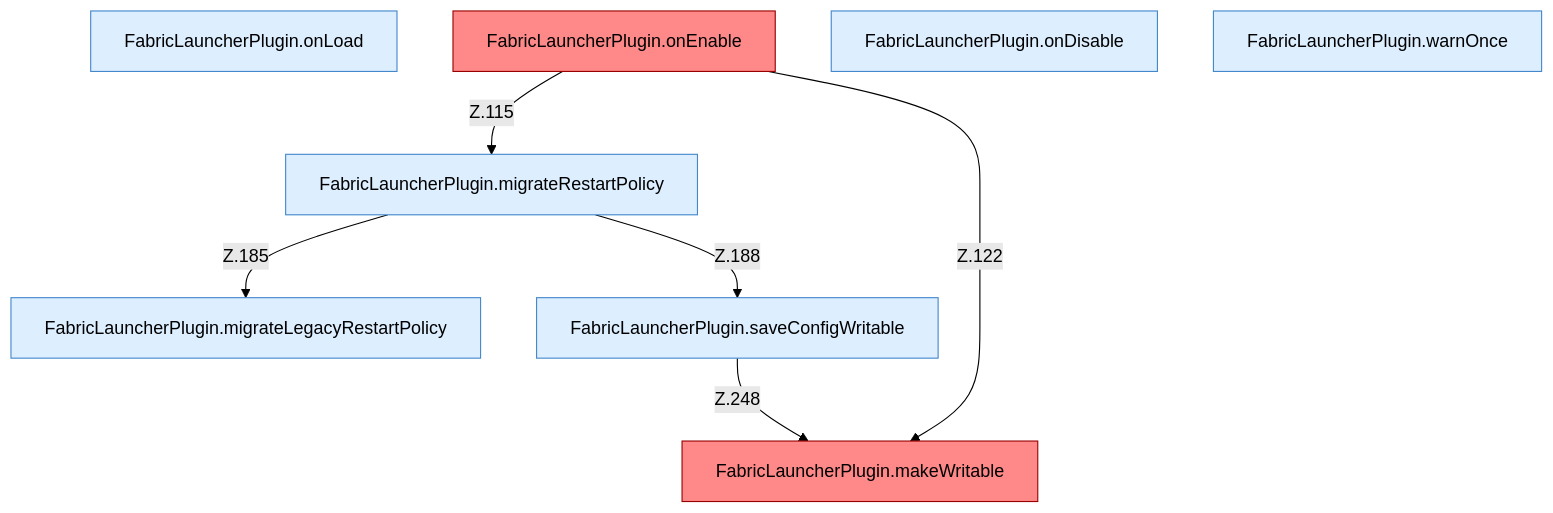
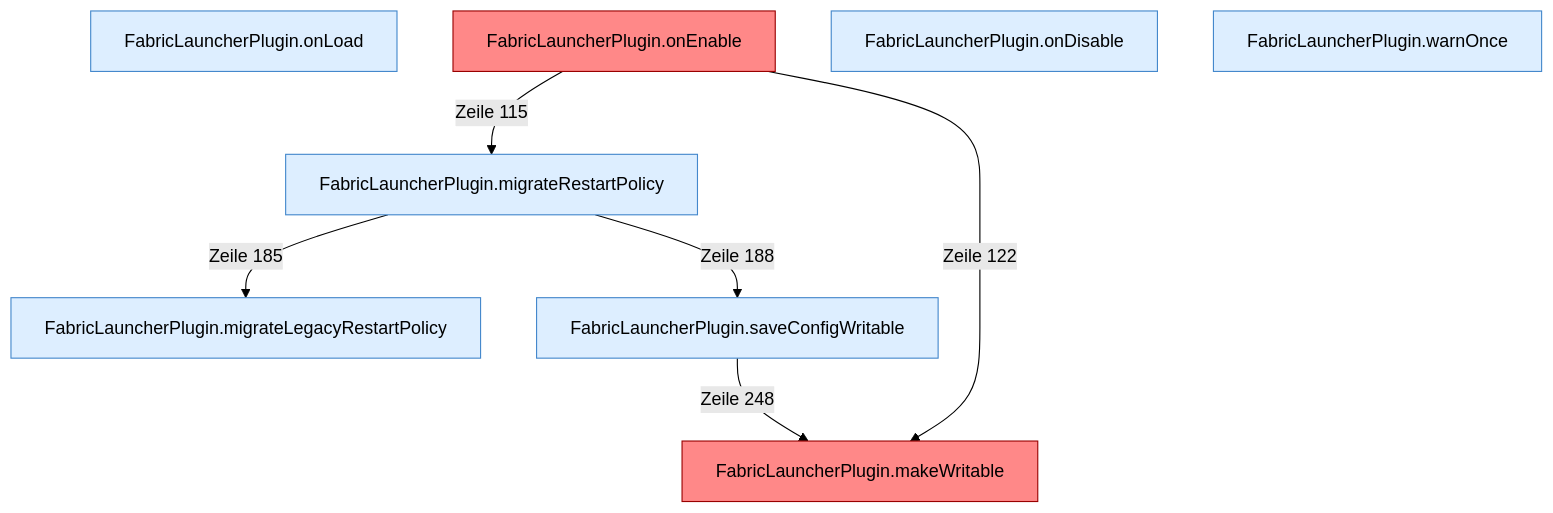
One commit to PrinceDiamant/minecraft-serverhoster-plugin changed the diagram in Lebenszyklus.md. Above: the diagram before and after it, drawn with Mermaid (forest theme). The commit also changed other lines of this file and 2005 other files, not shown here.

````diff
--- a/Lebenszyklus.md
+++ b/Lebenszyklus.md
@@ -5,20 +5,20 @@
 ```mermaid
 flowchart TD
   n1["FabricLauncherPlugin.onLoad"]:::internal-link
   n2["FabricLauncherPlugin.onEnable"]:::internal-link
   n3["FabricLauncherPlugin.migrateRestartPolicy"]:::internal-link
   n4["FabricLauncherPlugin.migrateLegacyRestartPolicy"]:::internal-link
   n5["FabricLauncherPlugin.onDisable"]:::internal-link
   n6["FabricLauncherPlugin.makeWritable"]:::internal-link
   n7["FabricLauncherPlugin.saveConfigWritable"]:::internal-link
   n8["FabricLauncherPlugin.warnOnce"]:::internal-link
-  n2 -->|"Z.115"| n3
-  n2 -->|"Z.122"| n6
-  n3 -->|"Z.185"| n4
-  n3 -->|"Z.188"| n7
-  n7 -->|"Z.248"| n6
+  n2 -->|"Zeile 115"| n3
+  n2 -->|"Zeile 122"| n6
+  n3 -->|"Zeile 185"| n4
+  n3 -->|"Zeile 188"| n7
+  n7 -->|"Zeile 248"| n6
   classDef internal-link fill:#ddeeff,stroke:#4488cc
   classDef befund fill:#f88
   style n2 fill:#f88,stroke:#900
   style n6 fill:#f88,stroke:#900
 ```
````
